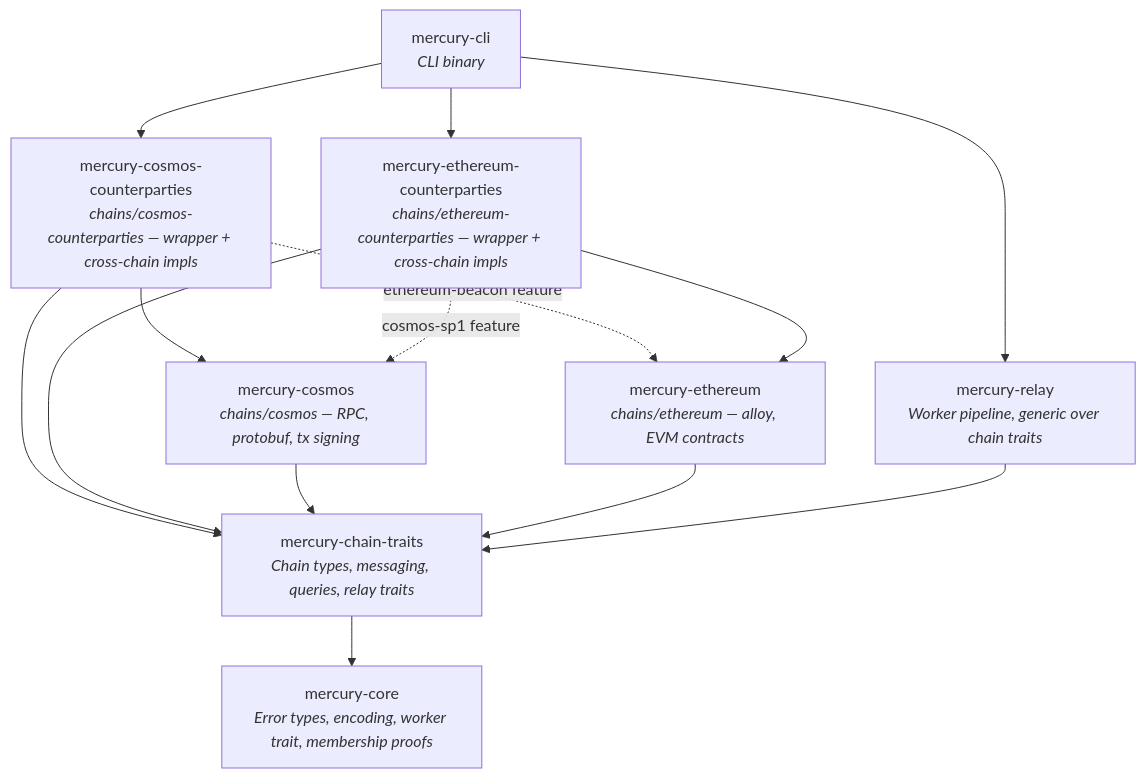
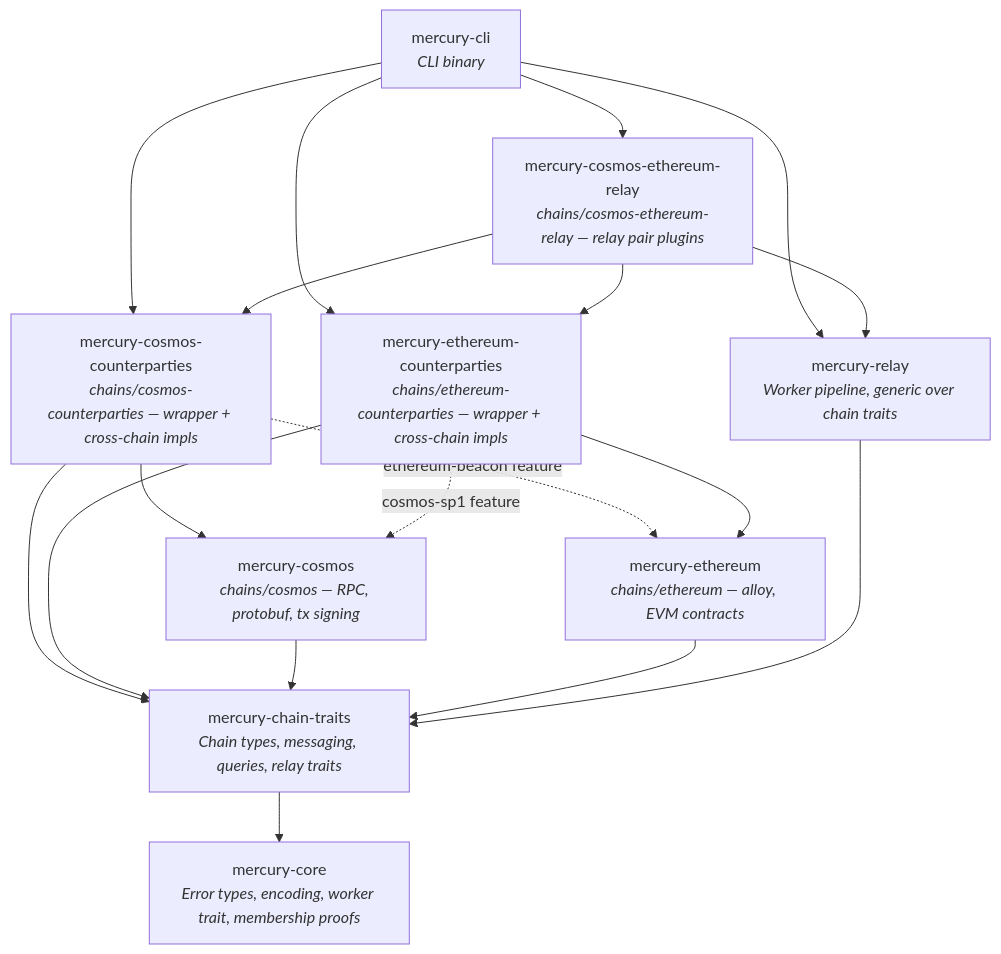
The first of 2 diagrams in docs/architecture.md (vaporif/mercury), drawn with Mermaid before and after one commit. The commit also changed other lines of this file and 1 other file, not shown here.

````diff
--- a/docs/architecture.md
+++ b/docs/architecture.md
@@ -236,25 +237,30 @@
 ```mermaid
 graph TD
     CLI[mercury-cli<br/><i>CLI binary</i>]
     COSMOS[mercury-cosmos<br/><i>chains/cosmos — RPC, protobuf, tx signing</i>]
     ETH[mercury-ethereum<br/><i>chains/ethereum — alloy, EVM contracts</i>]
     COSMOS_BR[mercury-cosmos-counterparties<br/><i>chains/cosmos-counterparties — wrapper + cross-chain impls</i>]
     ETH_BR[mercury-ethereum-counterparties<br/><i>chains/ethereum-counterparties — wrapper + cross-chain impls</i>]
+    CER[mercury-cosmos-ethereum-relay<br/><i>chains/cosmos-ethereum-relay — relay pair plugins</i>]
     RELAY[mercury-relay<br/><i>Worker pipeline, generic over chain traits</i>]
     TRAITS[mercury-chain-traits<br/><i>Chain types, messaging, queries, relay traits</i>]
     CORE[mercury-core<br/><i>Error types, encoding, worker trait, membership proofs</i>]
 
     CLI --> COSMOS_BR
     CLI --> ETH_BR
+    CLI --> CER
     CLI --> RELAY
+    CER --> COSMOS_BR
+    CER --> ETH_BR
+    CER --> RELAY
     COSMOS_BR --> COSMOS
     COSMOS_BR --> TRAITS
     COSMOS_BR -. "ethereum-beacon feature" .-> ETH
     ETH_BR --> ETH
     ETH_BR --> TRAITS
     ETH_BR -. "cosmos-sp1 feature" .-> COSMOS
     COSMOS --> TRAITS
     ETH --> TRAITS
     RELAY --> TRAITS
     TRAITS --> CORE
 ```
````
